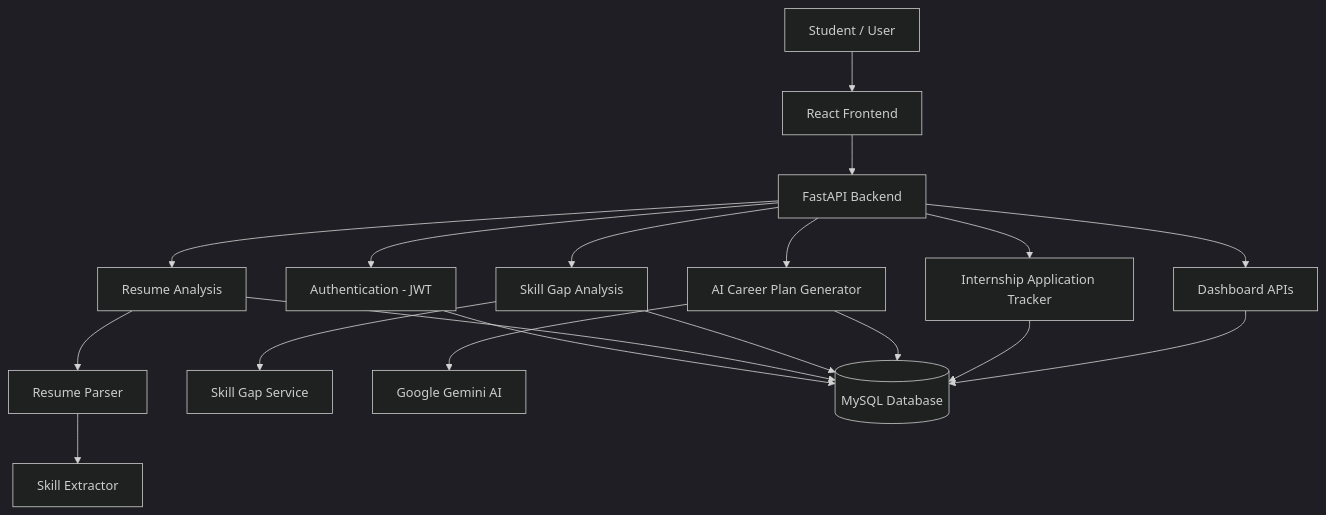
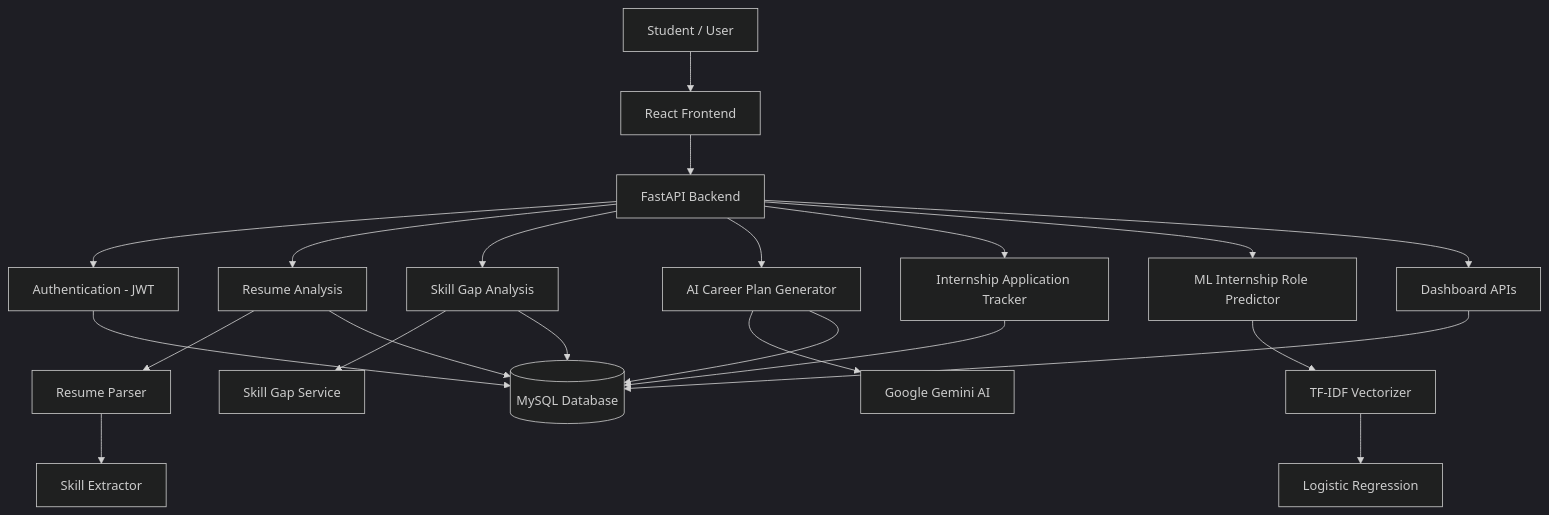
Before and after one commit to Alex-1830/AI-Career-Internship-Copilot: the diagram in README.md, drawn with Mermaid (dark theme). The commit also changed other lines of this file and 13 other files, not shown here.

Commit message:
Add ML internship role prediction and improve frontend

````diff
--- a/README.md
+++ b/README.md
@@ -45,27 +87,31 @@
 ```mermaid
 flowchart TD
     A[Student / User] --> B[React Frontend]
 
     B --> C[FastAPI Backend]
 
     C --> D[Authentication - JWT]
     C --> E[Resume Analysis]
     C --> F[Skill Gap Analysis]
     C --> G[AI Career Plan Generator]
     C --> H[Internship Application Tracker]
-    C --> I[Dashboard APIs]
+    C --> I[ML Internship Role Predictor]
+    C --> J[Dashboard APIs]
 
-    E --> J[Resume Parser]
-    J --> K[Skill Extractor]
+    E --> K[Resume Parser]
+    K --> L[Skill Extractor]
 
-    F --> L[Skill Gap Service]
+    F --> M[Skill Gap Service]
 
-    G --> M[Google Gemini AI]
+    G --> N[Google Gemini AI]
 
-    D --> N[(MySQL Database)]
-    E --> N
-    F --> N
-    G --> N
-    H --> N
-    I --> N
+    I --> O[TF-IDF Vectorizer]
+    O --> P[Logistic Regression]
+
+    D --> Q[(MySQL Database)]
+    E --> Q
+    F --> Q
+    G --> Q
+    H --> Q
+    J --> Q
 ```
````
